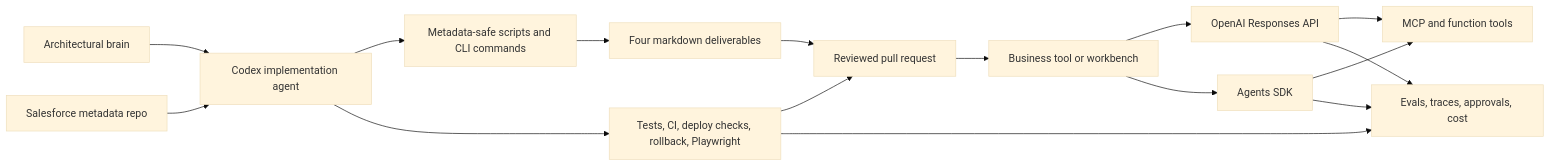
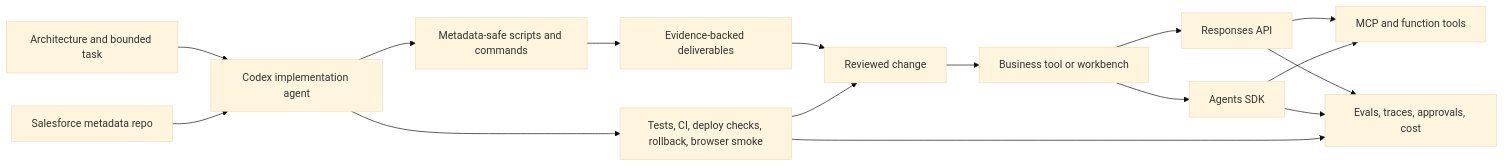
Before and after one commit to mdegoll/Hugo-Personal: the diagram in content/playbooks/codex-openai-implementation-playbook-business-tools.md, drawn with Mermaid (base theme). The commit also changed other lines of this file and 5 other files, not shown here.

````diff
--- a/content/playbooks/codex-openai-implementation-playbook-business-tools.md
+++ b/content/playbooks/codex-openai-implementation-playbook-business-tools.md
@@ -95,31 +97,31 @@
 ```mermaid
 flowchart LR
-    Architect["Architectural brain"]
+    Plan["Architecture and bounded task"]
     Codex["Codex implementation agent"]
     Repo["Salesforce metadata repo"]
-    SafeTools["Metadata-safe scripts and CLI commands"]
-    Docs["Four markdown deliverables"]
-    Pipeline["Tests, CI, deploy checks, rollback, Playwright"]
-    PR["Reviewed pull request"]
+    SafeTools["Metadata-safe scripts and commands"]
+    Docs["Evidence-backed deliverables"]
+    Pipeline["Tests, CI, deploy checks, rollback, browser smoke"]
+    PR["Reviewed change"]
     App["Business tool or workbench"]
-    Responses["OpenAI Responses API"]
+    Responses["Responses API"]
     Agents["Agents SDK"]
     MCP["MCP and function tools"]
     Evals["Evals, traces, approvals, cost"]
 
-    Architect --> Codex
+    Plan --> Codex
     Repo --> Codex
     Codex --> SafeTools
     SafeTools --> Docs
     Codex --> Pipeline
+    Docs --> PR
     Pipeline --> PR
-    Docs --> PR
     PR --> App
     App --> Responses
     App --> Agents
     Responses --> MCP
     Agents --> MCP
     Responses --> Evals
     Agents --> Evals
     Pipeline --> Evals
 ```
````
